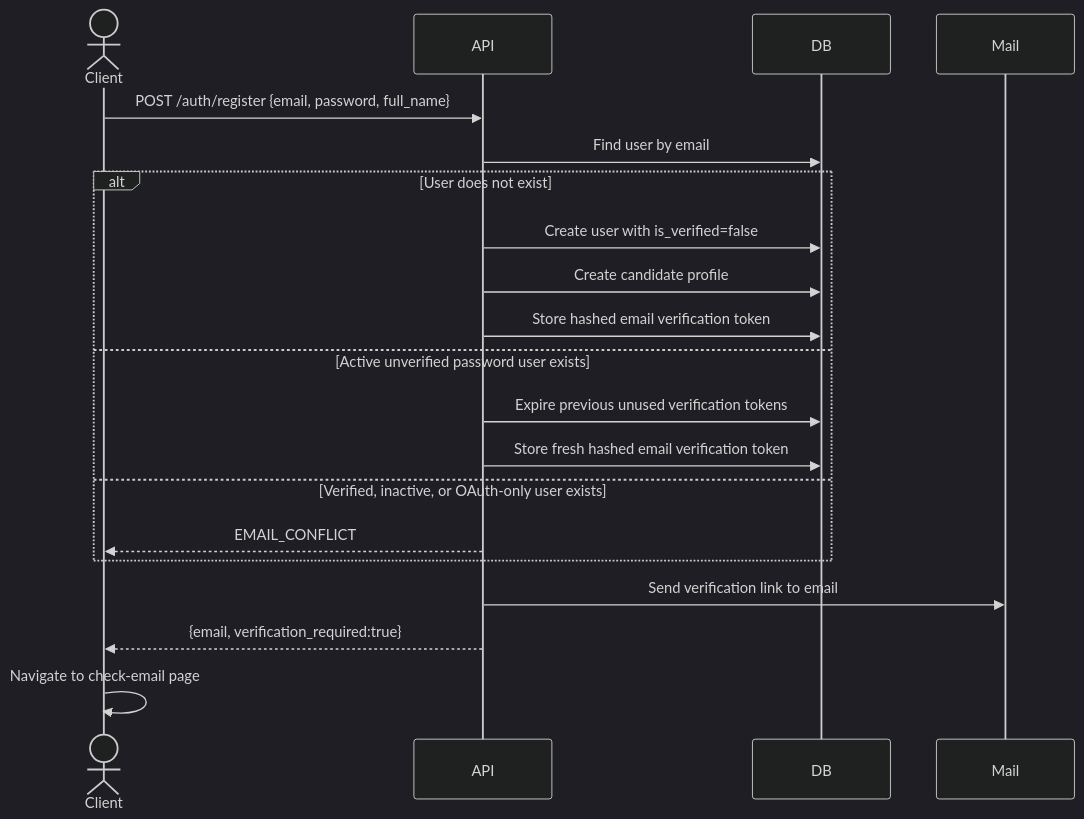
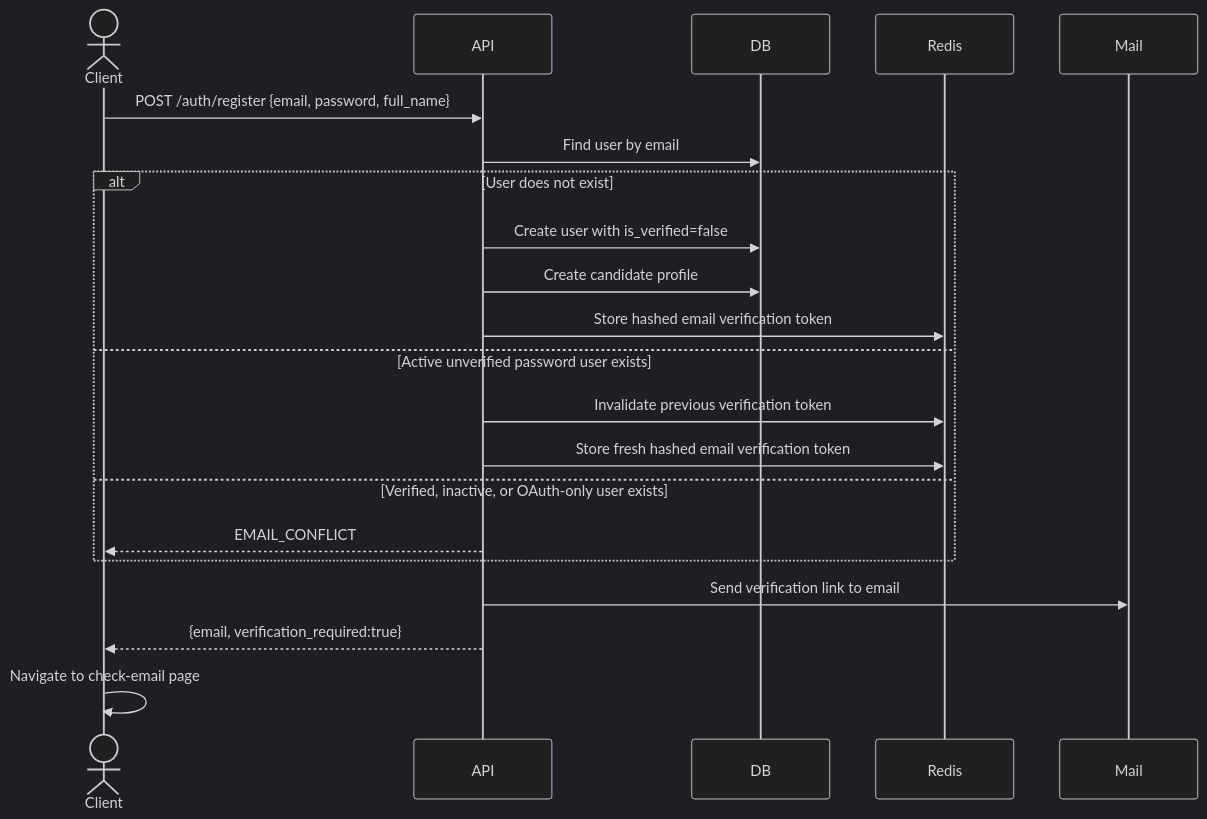
The fourth of 7 diagrams in docs/specs/flows/auth.md (Jaxongir1006/ai-interview-prep-api), drawn with Mermaid (dark theme) before and after one commit. The commit also changed other lines of this file and 49 other files, not shown here.

````diff
--- a/docs/specs/flows/auth.md
+++ b/docs/specs/flows/auth.md
@@ -91,23 +91,24 @@
 ```mermaid
 sequenceDiagram
     actor Client
     participant API
     participant DB
+    participant Redis
     participant Mail
 
     Client->>API: POST /auth/register {email, password, full_name}
     API->>DB: Find user by email
     alt User does not exist
         API->>DB: Create user with is_verified=false
         API->>DB: Create candidate profile
-        API->>DB: Store hashed email verification token
+        API->>Redis: Store hashed email verification token
     else Active unverified password user exists
-        API->>DB: Expire previous unused verification tokens
-        API->>DB: Store fresh hashed email verification token
+        API->>Redis: Invalidate previous verification token
+        API->>Redis: Store fresh hashed email verification token
     else Verified, inactive, or OAuth-only user exists
         API-->>Client: EMAIL_CONFLICT
     end
     API->>Mail: Send verification link to email
     API-->>Client: {email, verification_required:true}
     Client->>Client: Navigate to check-email page
 ```
````
